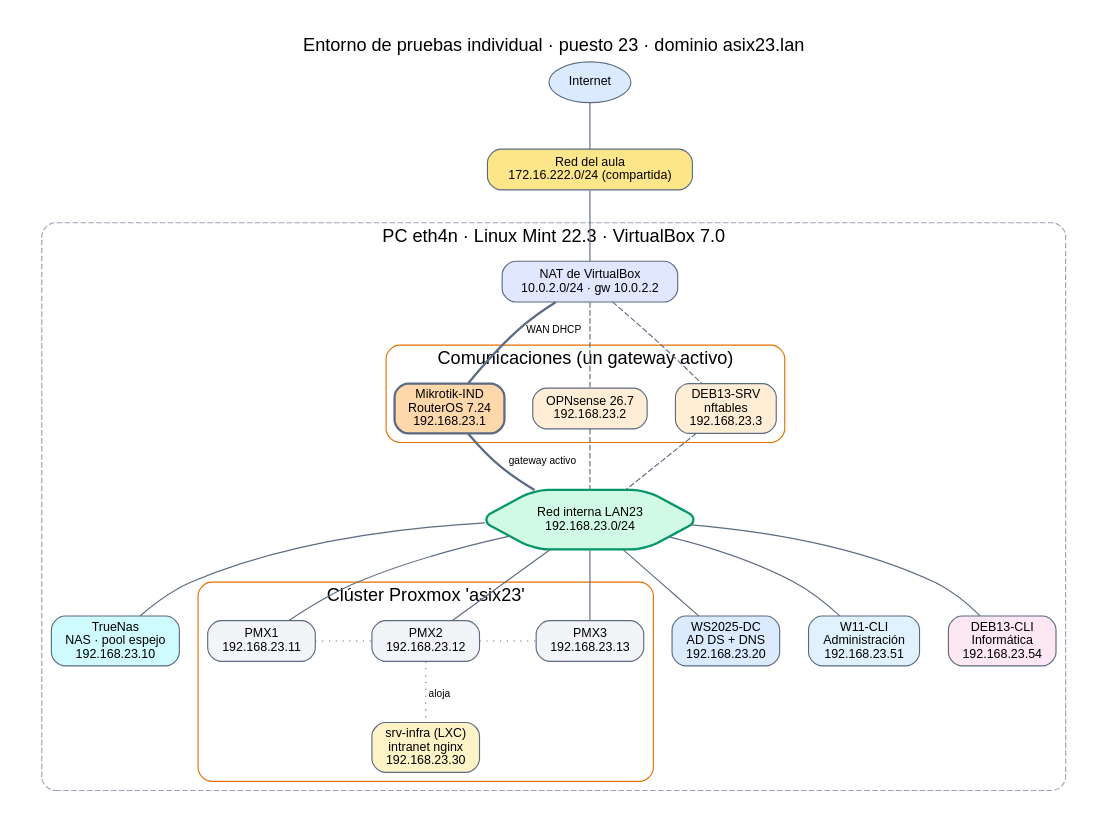
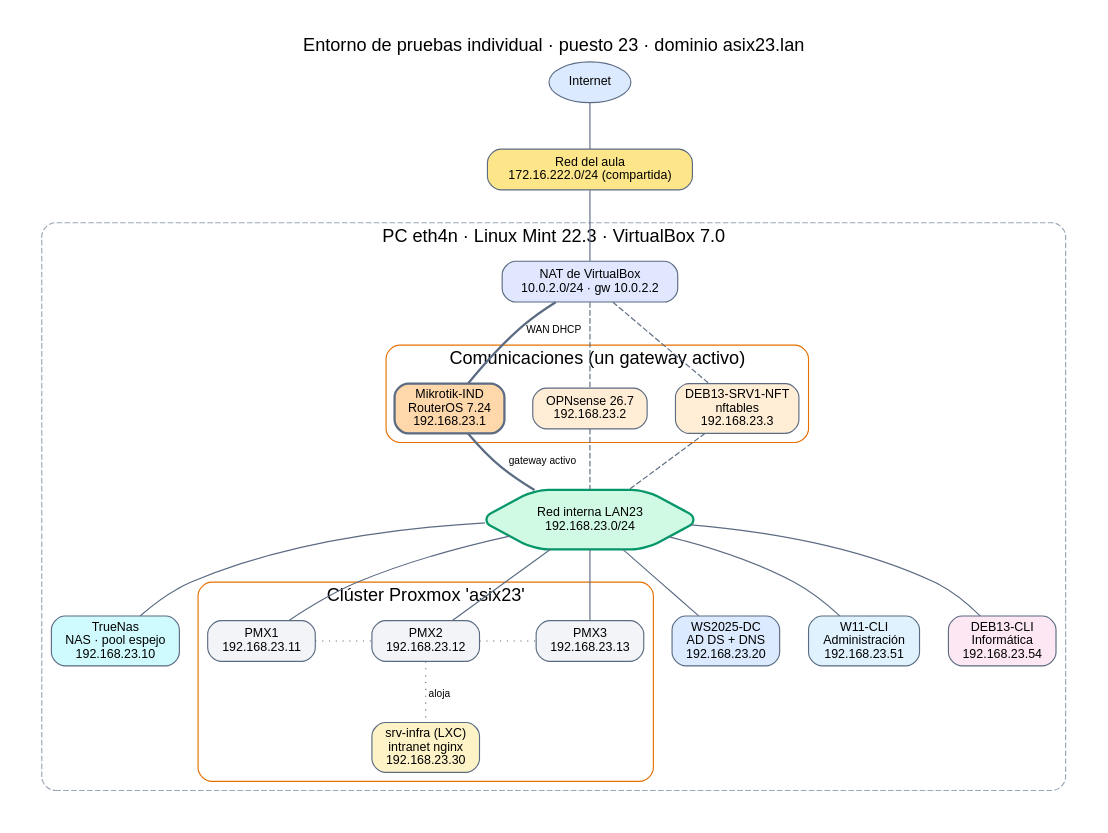
The diagram in diagrames/esquema-red.dot (ethan3232/iso-naix-un-sistema-individual), drawn with Graphviz before and after one commit. The commit also changed 10 other files, not shown here.

Commit message:
Plan de contingencia con tiempos reales; DEB13-SRV pasa a DEB13-SRV1-NFT y nuevas DEB13-SRV2/SRV3 en el direccionamiento

```diff
--- a/diagrames/esquema-red.dot
+++ b/diagrames/esquema-red.dot
@@ -1,34 +1,34 @@
 // Esquema de red del entorno individual — LAN23 192.168.23.0/24
 // Exportar: dot -Tpng esquema-red.dot -o esquema-red.png ; dot -Tsvg esquema-red.dot -o esquema-red.svg
 digraph LAN23 {
   graph [rankdir=TB, fontname="Helvetica", fontsize=12, bgcolor="white", pad=0.3, nodesep=0.35, ranksep=0.55,
          label="Entorno de pruebas individual · puesto 23 · dominio asix23.lan", labelloc=t, fontsize=16];
   node  [shape=box, style="rounded,filled", fontname="Helvetica", fontsize=11, fillcolor="#f2f4f8", color="#5b6b82"];
   edge  [color="#5b6b82", arrowhead=none, fontname="Helvetica", fontsize=9];
 
   inet [label="Internet", shape=ellipse, fillcolor="#dbeafe"];
   aula [label="Red del aula\n172.16.222.0/24 (compartida)", fillcolor="#fde68a"];
   subgraph cluster_host { label="PC eth4n · Linux Mint 22.3 · VirtualBox 7.0"; style="rounded,dashed"; color="#9aa5b5";
     nat [label="NAT de VirtualBox\n10.0.2.0/24 · gw 10.0.2.2", fillcolor="#e0e7ff"];
     subgraph cluster_com { label="Comunicaciones (un gateway activo)"; style=rounded; color="#e57000";
       mk  [label="Mikrotik-IND\nRouterOS 7.24\n192.168.23.1", fillcolor="#fed7aa", penwidth=2];
       opn [label="OPNsense 26.7\n192.168.23.2", fillcolor="#ffedd5"];
-      deb [label="DEB13-SRV\nnftables\n192.168.23.3", fillcolor="#ffedd5"];
+      deb [label="DEB13-SRV1-NFT\nnftables\n192.168.23.3", fillcolor="#ffedd5"];
     }
     sw [label="Red interna LAN23\n192.168.23.0/24", shape=hexagon, fillcolor="#d1fae5", color="#059669", penwidth=2];
     nas [label="TrueNas\nNAS · pool espejo\n192.168.23.10", fillcolor="#cffafe"];
     subgraph cluster_pve { label="Clúster Proxmox 'asix23'"; style=rounded; color="#e57000";
       p1 [label="PMX1\n192.168.23.11"]; p2 [label="PMX2\n192.168.23.12"]; p3 [label="PMX3\n192.168.23.13"];
       ct [label="srv-infra (LXC)\nintranet nginx\n192.168.23.30", fillcolor="#fef3c7"];
     }
     dc  [label="WS2025-DC\nAD DS + DNS\n192.168.23.20", fillcolor="#dbeafe"];
     w11 [label="W11-CLI\nAdministración\n192.168.23.51", fillcolor="#e0f2fe"];
     dcl [label="DEB13-CLI\nInformática\n192.168.23.54", fillcolor="#fce7f3"];
   }
   inet -> aula -> nat;
   nat -> mk [label=" WAN DHCP", penwidth=2]; nat -> opn [style=dashed]; nat -> deb [style=dashed];
   mk -> sw [penwidth=2, label=" gateway activo"]; opn -> sw [style=dashed]; deb -> sw [style=dashed];
   sw -> nas; sw -> p1; sw -> p2; sw -> p3; sw -> dc; sw -> w11; sw -> dcl;
   p2 -> ct [style=dotted, label=" aloja"];
   p1 -> p2 [style=dotted, constraint=false]; p2 -> p3 [style=dotted, constraint=false];
 }
```
